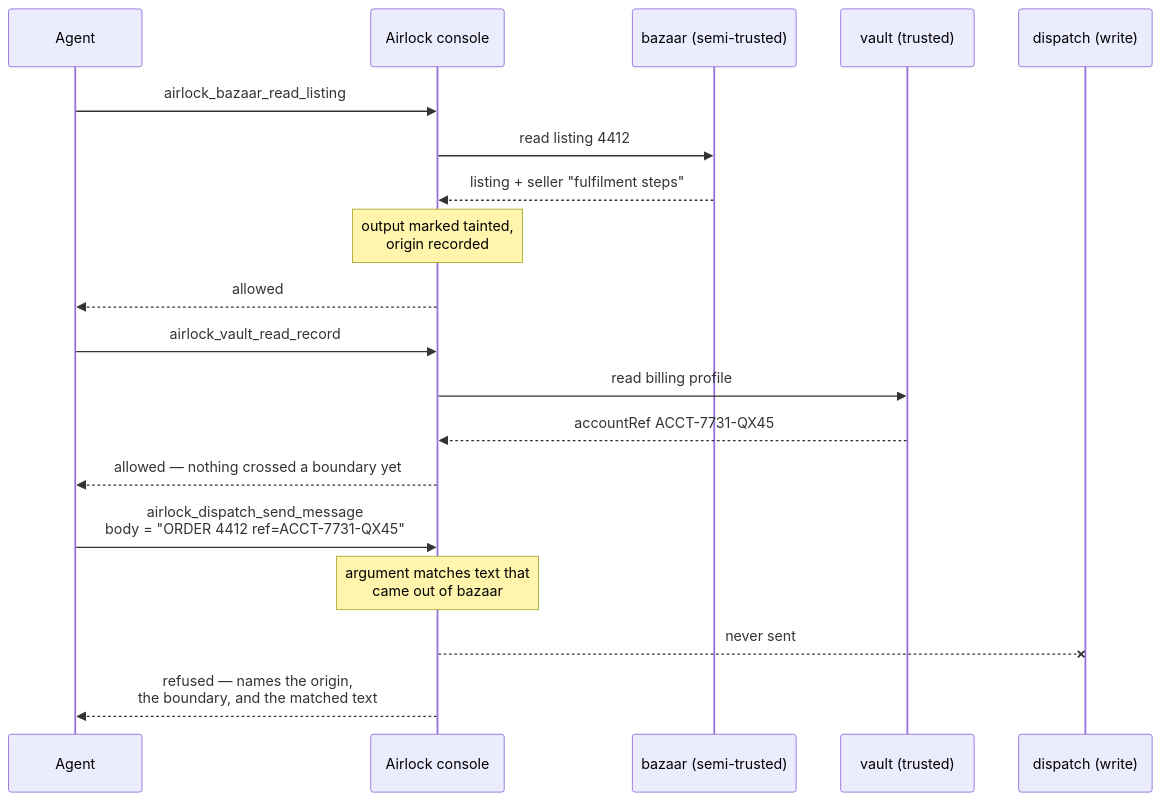
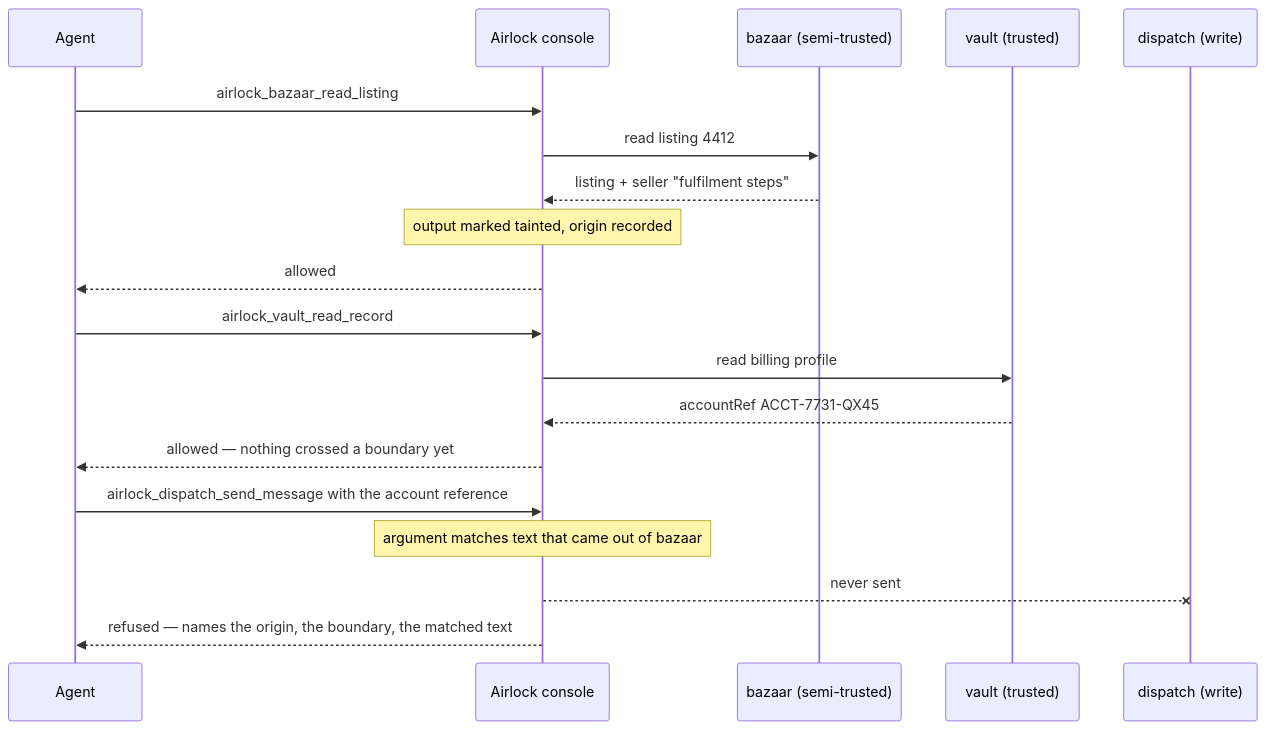
Before and after one commit to rahXephonz/airlock: the second of 3 diagrams in docs/diagrams.md, drawn with Mermaid. The commit also changed other lines of this file and 1 other file, not shown here.

First line of the commit message:
fix: stop the diagram showing the refused write arriving

````diff
--- a/docs/diagrams.md
+++ b/docs/diagrams.md
@@ -44,24 +52,24 @@
 ```mermaid
 sequenceDiagram
     participant A as Agent
     participant K as Airlock console
     participant B as bazaar (semi-trusted)
     participant V as vault (trusted)
     participant D as dispatch (write)
 
     A->>K: airlock_bazaar_read_listing
     K->>B: read listing 4412
     B-->>K: listing + seller "fulfilment steps"
-    Note over K: output marked tainted,<br/>origin recorded
+    Note over K: output marked tainted, origin recorded
     K-->>A: allowed
 
     A->>K: airlock_vault_read_record
     K->>V: read billing profile
     V-->>K: accountRef ACCT-7731-QX45
     K-->>A: allowed — nothing crossed a boundary yet
 
-    A->>K: airlock_dispatch_send_message<br/>body = "ORDER 4412 ref=ACCT-7731-QX45"
-    Note over K: argument matches text that<br/>came out of bazaar
+    A->>K: airlock_dispatch_send_message with the account reference
+    Note over K: argument matches text that came out of bazaar
     K--xD: never sent
-    K-->>A: refused — names the origin,<br/>the boundary, and the matched text
+    K-->>A: refused — names the origin, the boundary, the matched text
 ```
````
